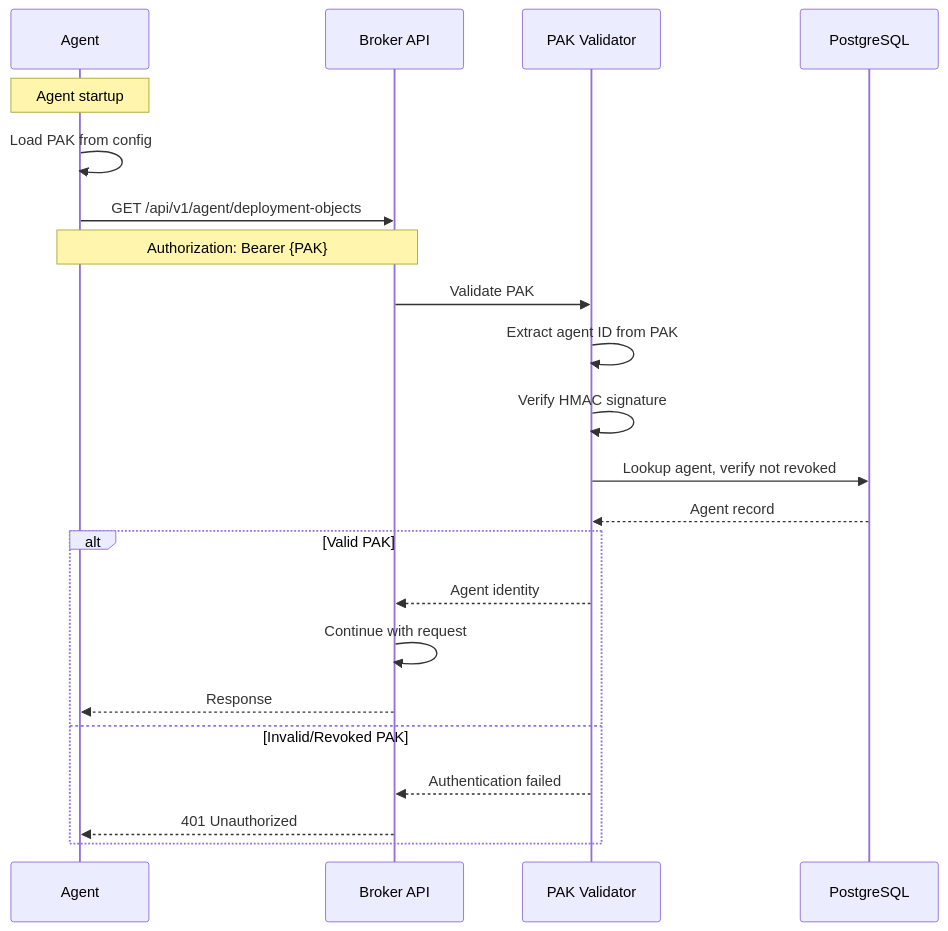
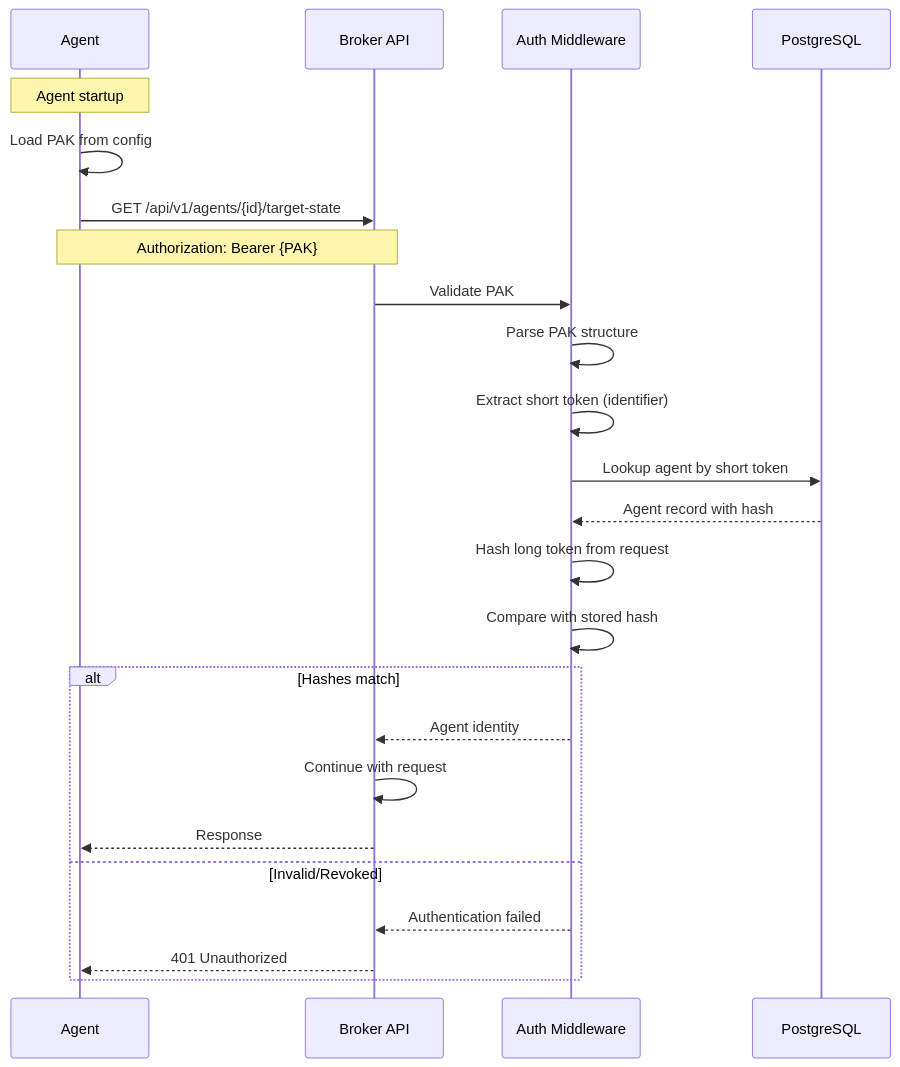
One commit to colliery-io/brokkr changed the seventh of 10 diagrams in docs/content/explanation/data-flows.md. Above: the diagram before and after it, drawn with Mermaid. The commit also changed other lines of this file and 28 other files, not shown here.

```diff
--- a/docs/content/explanation/data-flows.md
+++ b/docs/content/explanation/data-flows.md
@@ -218,28 +276,30 @@
 {{< mermaid >}}
 sequenceDiagram
     participant Agent as Agent
     participant Broker as Broker API
-    participant PAK as PAK Validator
+    participant Auth as Auth Middleware
     participant DB as PostgreSQL
 
     Note over Agent: Agent startup
     Agent->>Agent: Load PAK from config
 
-    Agent->>Broker: GET /api/v1/agent/deployment-objects
+    Agent->>Broker: GET /api/v1/agents/{id}/target-state
     Note over Agent,Broker: Authorization: Bearer {PAK}
 
-    Broker->>PAK: Validate PAK
-    PAK->>PAK: Extract agent ID from PAK
-    PAK->>PAK: Verify HMAC signature
-    PAK->>DB: Lookup agent, verify not revoked
-    DB-->>PAK: Agent record
+    Broker->>Auth: Validate PAK
+    Auth->>Auth: Parse PAK structure
+    Auth->>Auth: Extract short token (identifier)
+    Auth->>DB: Lookup agent by short token
+    DB-->>Auth: Agent record with hash
+    Auth->>Auth: Hash long token from request
+    Auth->>Auth: Compare with stored hash
 
-    alt Valid PAK
-        PAK-->>Broker: Agent identity
+    alt Hashes match
+        Auth-->>Broker: Agent identity
         Broker->>Broker: Continue with request
         Broker-->>Agent: Response
-    else Invalid/Revoked PAK
-        PAK-->>Broker: Authentication failed
+    else Invalid/Revoked
+        Auth-->>Broker: Authentication failed
         Broker-->>Agent: 401 Unauthorized
     end
 {{< /mermaid >}}
```
